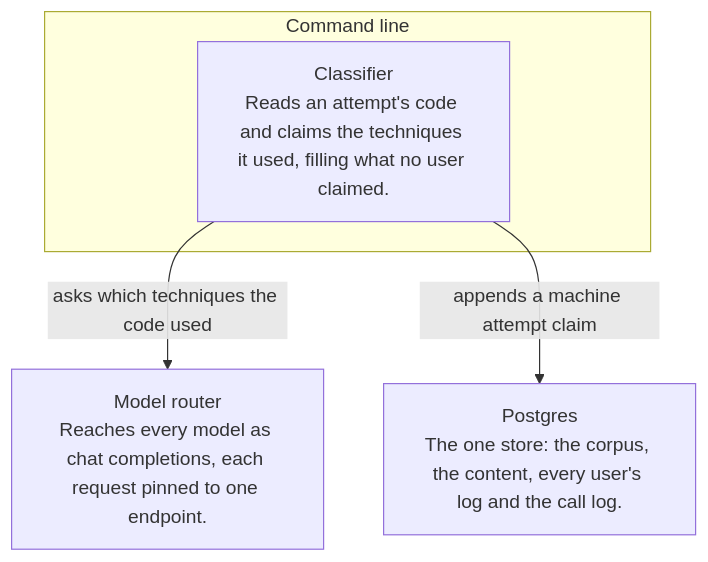
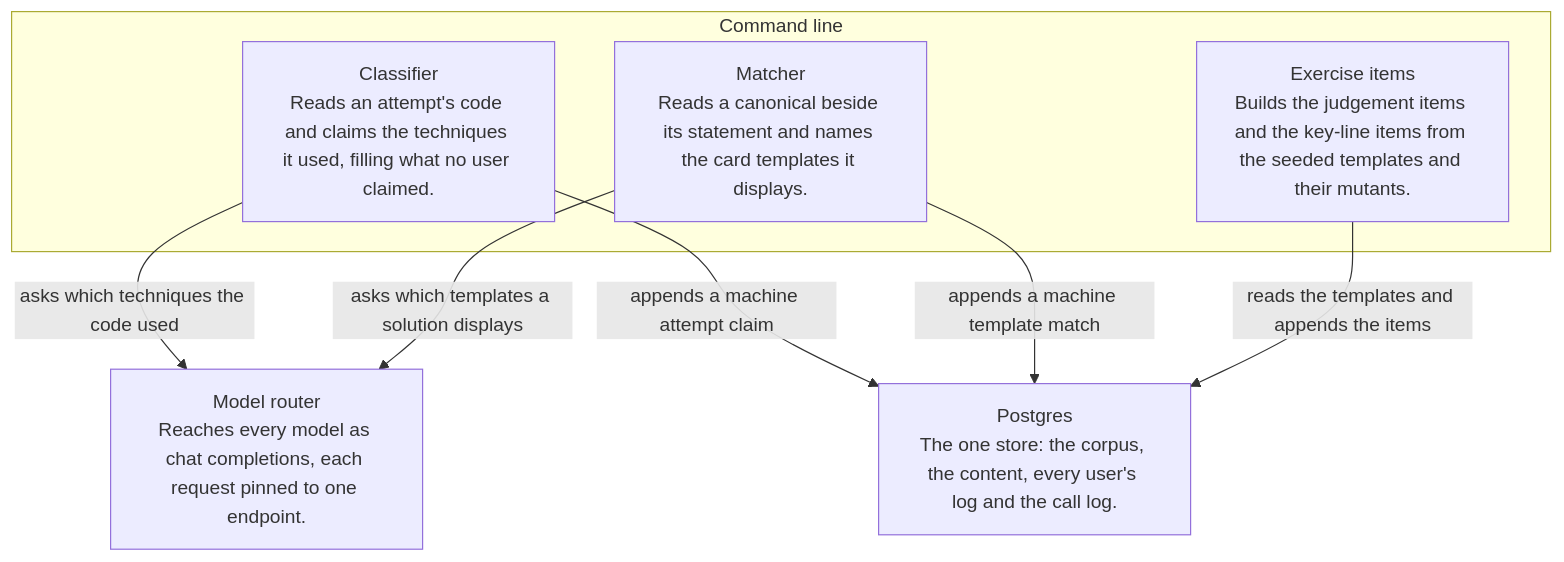
Before and after one commit to climbance/climbance: the fourth of 4 diagrams in docs/architecture/README.md, drawn with Mermaid. The commit also changed other lines of this file and 47 other files, not shown here.

First line of the commit message:
docs(architecture): split content.md by element

````diff
--- a/docs/architecture/README.md
+++ b/docs/architecture/README.md
@@ -144,10 +144,15 @@
 ```mermaid
 flowchart TB
     model_router["Model router<br/>Reaches every model as chat completions, each request pinned to one endpoint."]
     database["Postgres<br/>The one store: the corpus, the content, every user's log and the call log."]
     subgraph cli["Command line"]
         classifier["Classifier<br/>Reads an attempt's code and claims the techniques it used, filling what no user claimed."]
+        matcher["Matcher<br/>Reads a canonical beside its statement and names the card templates it displays."]
+        exercise_items["Exercise items<br/>Builds the judgement items and the key-line items from the seeded templates and their mutants."]
     end
     classifier -->|"asks which techniques the code used"| model_router
     classifier -->|"appends a machine attempt claim"| database
+    matcher -->|"asks which templates a solution displays"| model_router
+    matcher -->|"appends a machine template match"| database
+    exercise_items -->|"reads the templates and appends the items"| database
 ```
````
